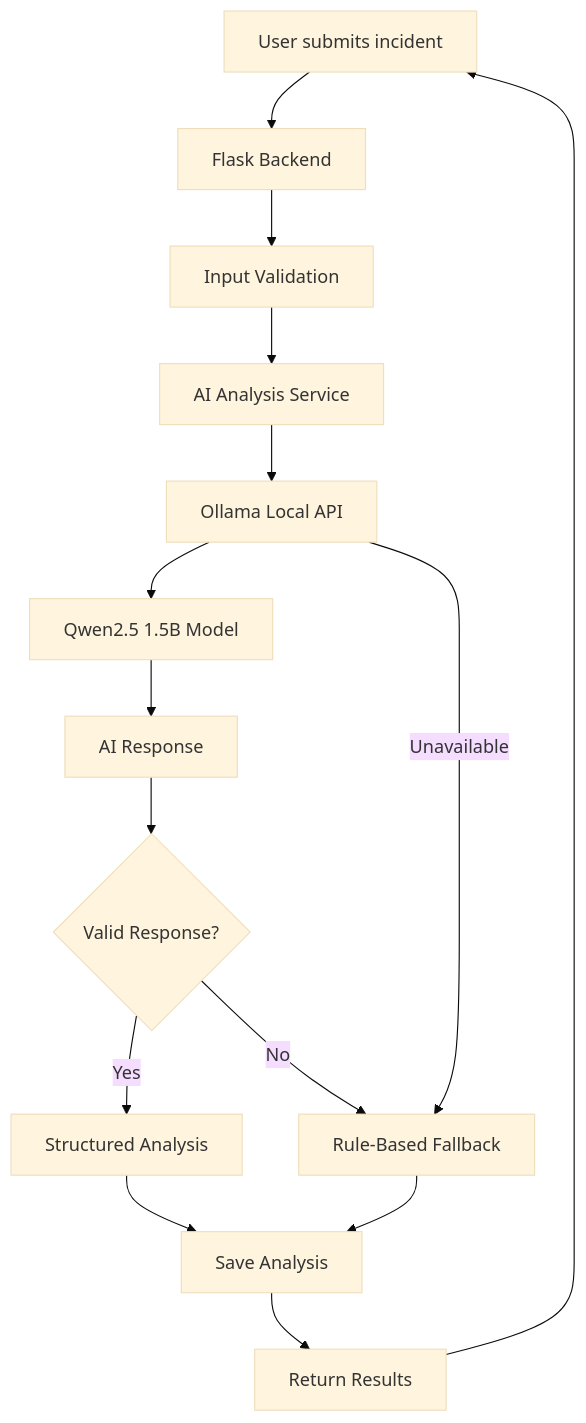
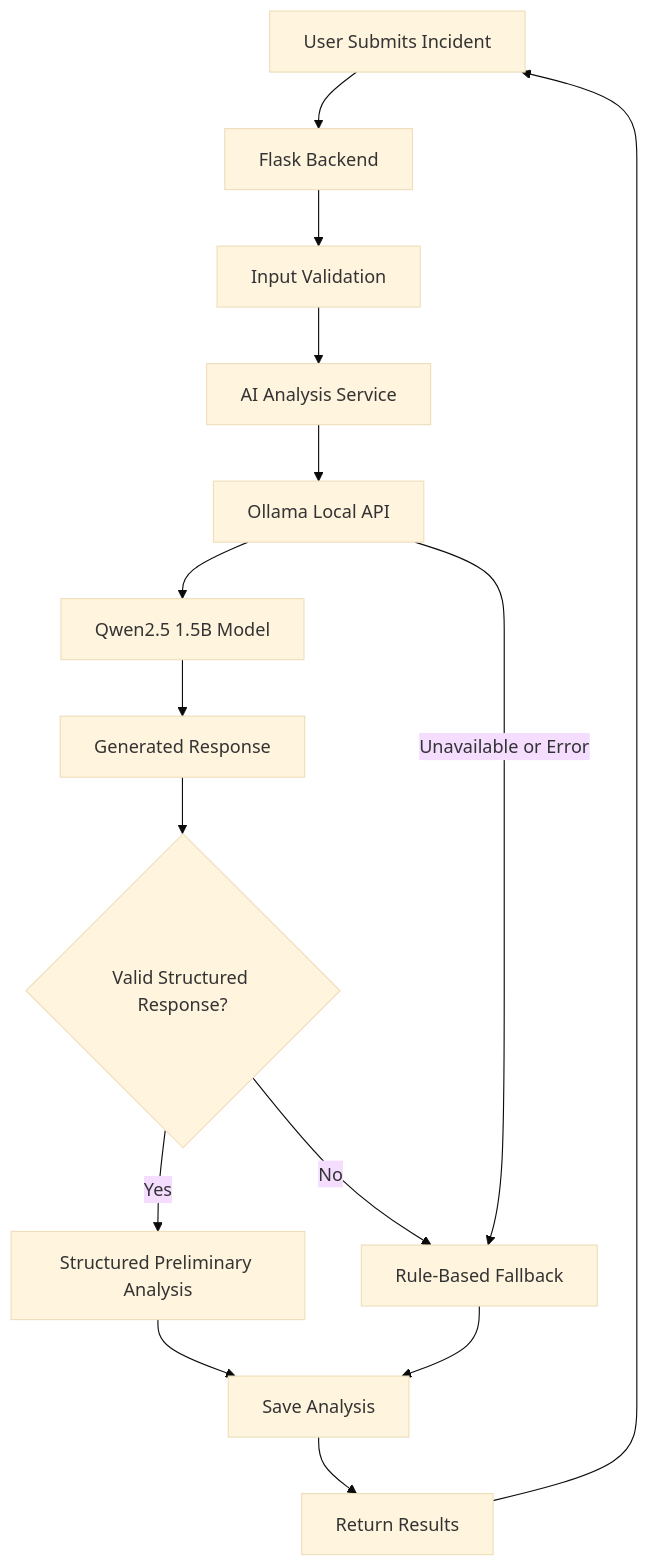
The second of 3 diagrams in README.md (kaithepallivijayvardhan08-spec/cyber-crime-reporting-website), drawn with Mermaid (base theme) before and after one commit. The commit also changed other lines of this file, not shown here.

````diff
--- a/README.md
+++ b/README.md
@@ -394,17 +715,17 @@
 ```mermaid
 flowchart TD
-    U[User submits incident] --> F[Flask Backend]
+    U[User Submits Incident] --> F[Flask Backend]
     F --> V[Input Validation]
     V --> A[AI Analysis Service]
     A --> O[Ollama Local API]
     O --> Q[Qwen2.5 1.5B Model]
-    Q --> R[AI Response]
-    R --> J{Valid Response?}
-    J -->|Yes| S[Structured Analysis]
+    Q --> R[Generated Response]
+    R --> J{Valid Structured Response?}
+    J -->|Yes| S[Structured Preliminary Analysis]
     J -->|No| B[Rule-Based Fallback]
-    O -->|Unavailable| B
+    O -->|Unavailable or Error| B
     S --> D[Save Analysis]
     B --> D
     D --> C[Return Results]
     C --> U
 ```
````
